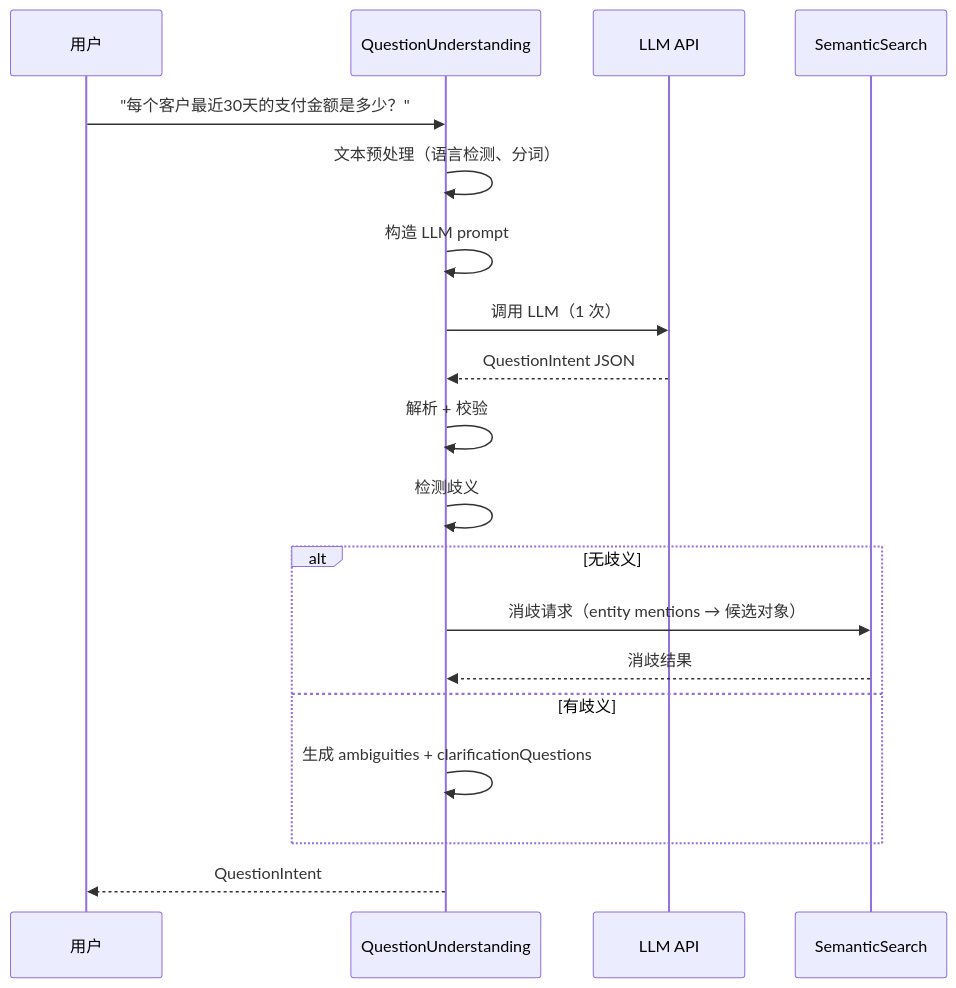
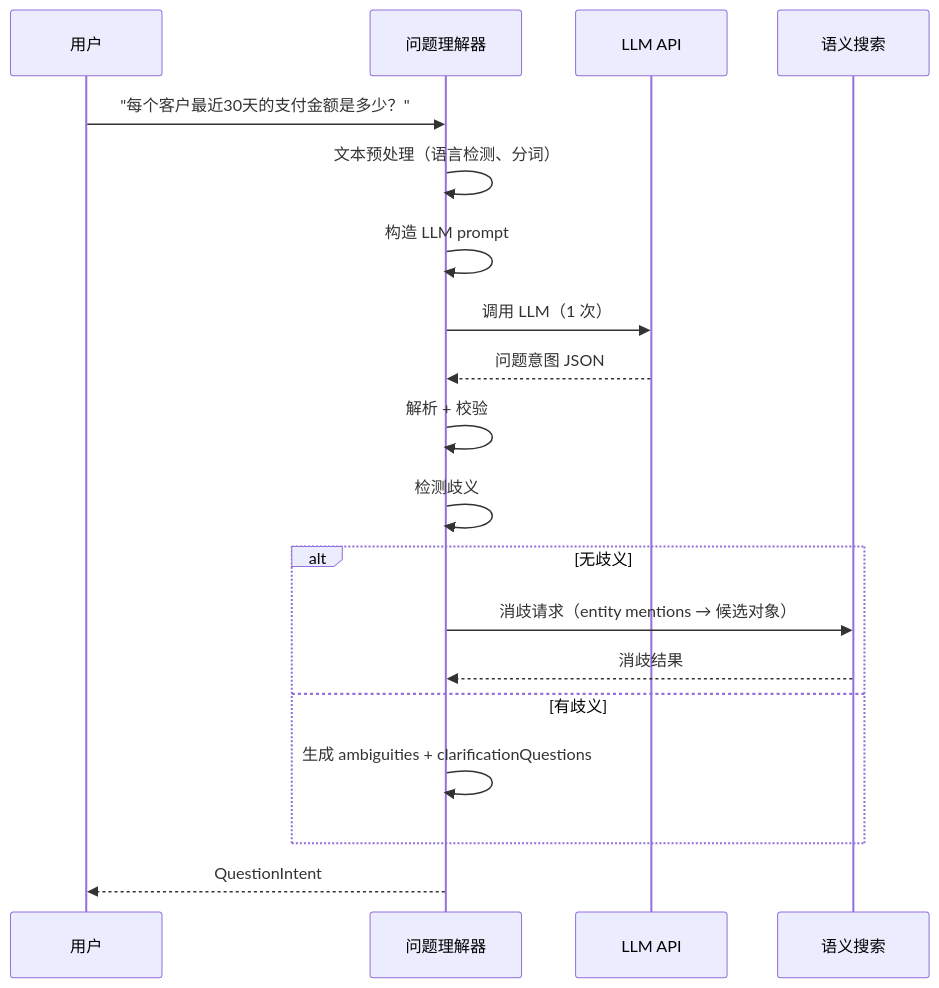
Before and after one commit to xiaoguang/relation-detector: the third of 4 diagrams in docs/design/semantic-layer/08-question-understanding.md, drawn with Mermaid. The commit also changed other lines of this file and 14 other files, not shown here.

````diff
--- a/docs/design/semantic-layer/08-question-understanding.md
+++ b/docs/design/semantic-layer/08-question-understanding.md
@@ -95,22 +133,22 @@
 ```mermaid
 sequenceDiagram
     participant User as 用户
-    participant QU as QuestionUnderstanding
+    participant QU as 问题理解器
     participant API as LLM API
-    participant SS as SemanticSearch
+    participant SS as 语义搜索
 
     User->>QU: "每个客户最近30天的支付金额是多少？"
     QU->>QU: 文本预处理（语言检测、分词）
     QU->>QU: 构造 LLM prompt
     QU->>API: 调用 LLM（1 次）
-    API-->>QU: QuestionIntent JSON
+    API-->>QU: 问题意图 JSON
     QU->>QU: 解析 + 校验
     QU->>QU: 检测歧义
     alt 无歧义
         QU->>SS: 消歧请求（entity mentions → 候选对象）
         SS-->>QU: 消歧结果
     else 有歧义
         QU->>QU: 生成 ambiguities + clarificationQuestions
     end
     QU-->>User: QuestionIntent
 ```
````
